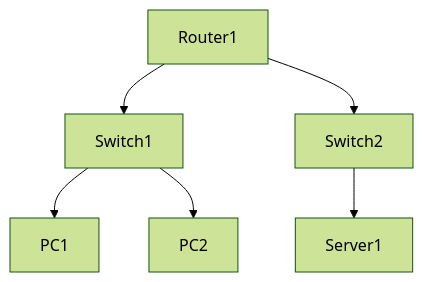
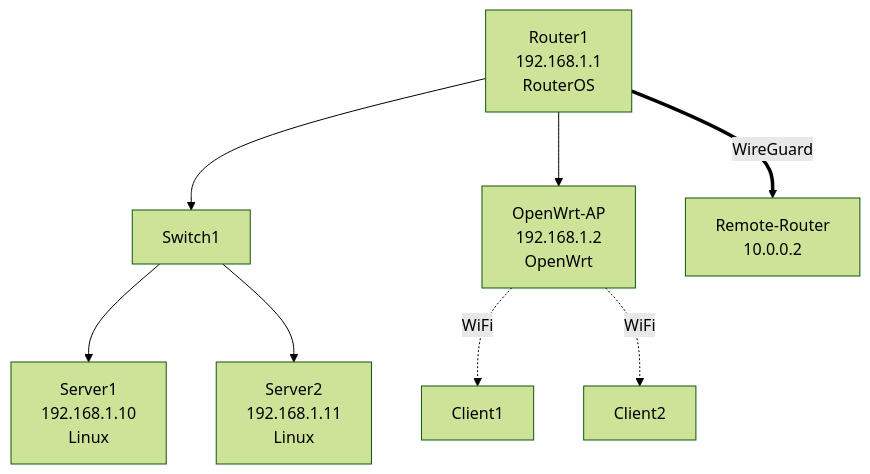
Before and after one commit to btnalit/opsevo-x: the diagram in opsevo-python/data/ai-ops/skills/builtin/topology-mapper/SKILL.md, drawn with Mermaid (forest theme). The commit also changed other lines of this file and 14 other files, not shown here.

````diff
--- a/opsevo-python/data/ai-ops/skills/builtin/topology-mapper/SKILL.md
+++ b/opsevo-python/data/ai-ops/skills/builtin/topology-mapper/SKILL.md
@@ -62,8 +242,10 @@
 ```mermaid
 graph TD
-    A[Router1] --> B[Switch1]
-    A --> C[Switch2]
-    B --> D[PC1]
-    B --> E[PC2]
-    C --> F[Server1]
+    A[Router1<br/>192.168.1.1<br/>RouterOS] --> B[Switch1]
+    A --> C[OpenWrt-AP<br/>192.168.1.2<br/>OpenWrt]
+    B --> D[Server1<br/>192.168.1.10<br/>Linux]
+    B --> E[Server2<br/>192.168.1.11<br/>Linux]
+    C -.->|WiFi| F[Client1]
+    C -.->|WiFi| G[Client2]
+    A ==>|WireGuard| H[Remote-Router<br/>10.0.0.2]
 ```
````
